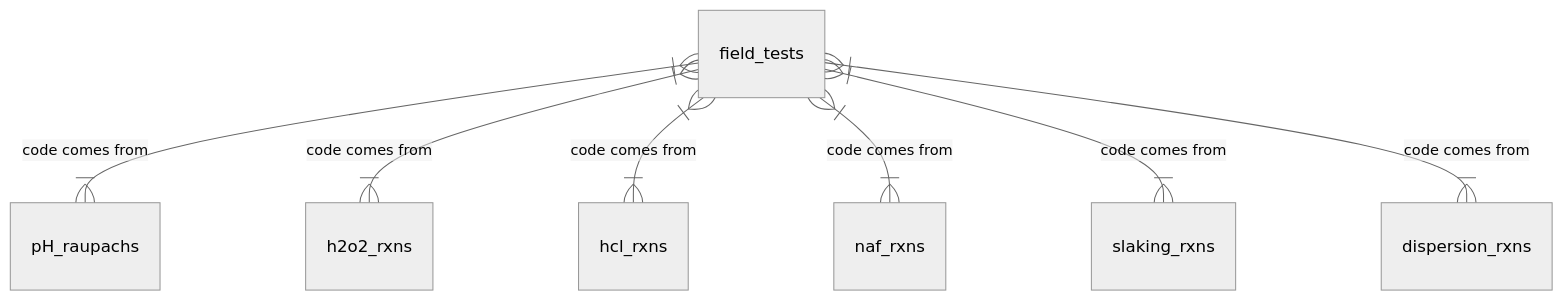
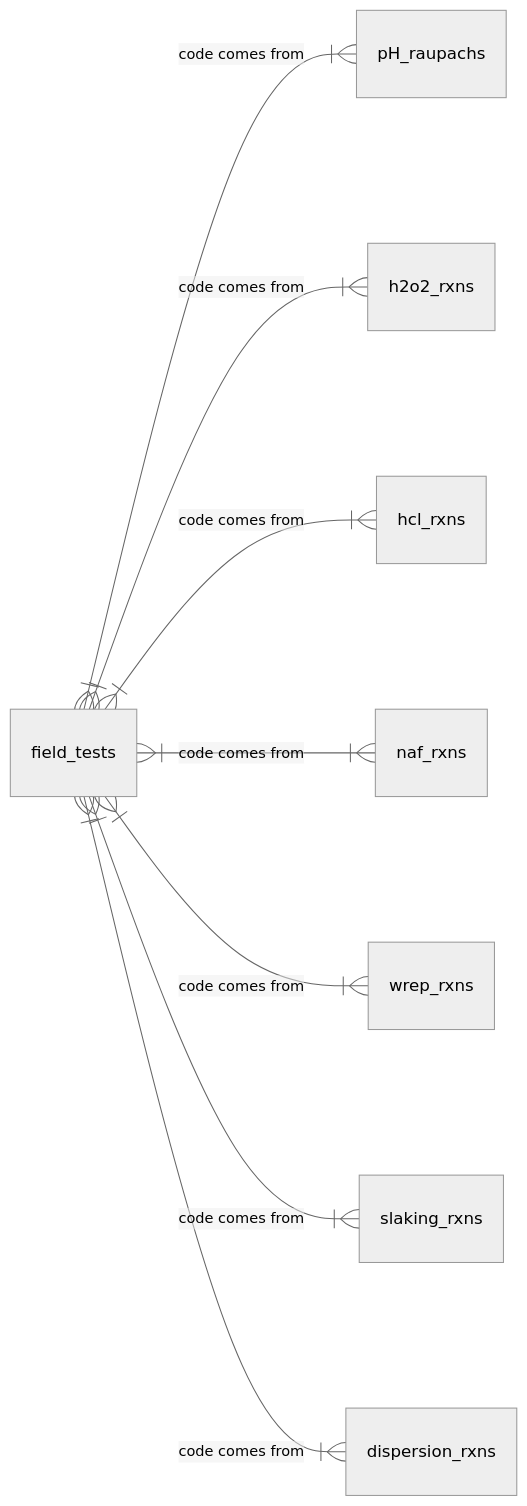
Before and after one commit to manaakiwhenua/NZ_soildesc_2024: diagram 20 of 27 in ap_03_database_design.qmd, drawn with Mermaid (neutral theme). The commit also changed other lines of this file, not shown here.

````diff
--- a/ap_03_database_design.qmd
+++ b/ap_03_database_design.qmd
@@ -1570,14 +1711,15 @@
 ```{mermaid}
 %%| label: fig-mhorfto
 %%| fig-cap: "Horizon field tests - Overview"
 
-%%{ init: { 'er': { 'layoutDirection': 'LR' } } }%%
 erDiagram
+  direction LR
   field_tests }|--|{ pH_raupachs : "code comes from"
   field_tests }|--|{ h2o2_rxns : "code comes from"
   field_tests }|--|{ hcl_rxns : "code comes from"
   field_tests }|--|{ naf_rxns : "code comes from"
+  field_tests }|--|{ wrep_rxns : "code comes from"
   field_tests }|--|{ slaking_rxns : "code comes from"
   field_tests }|--|{ dispersion_rxns : "code comes from"
 
 ```
````
